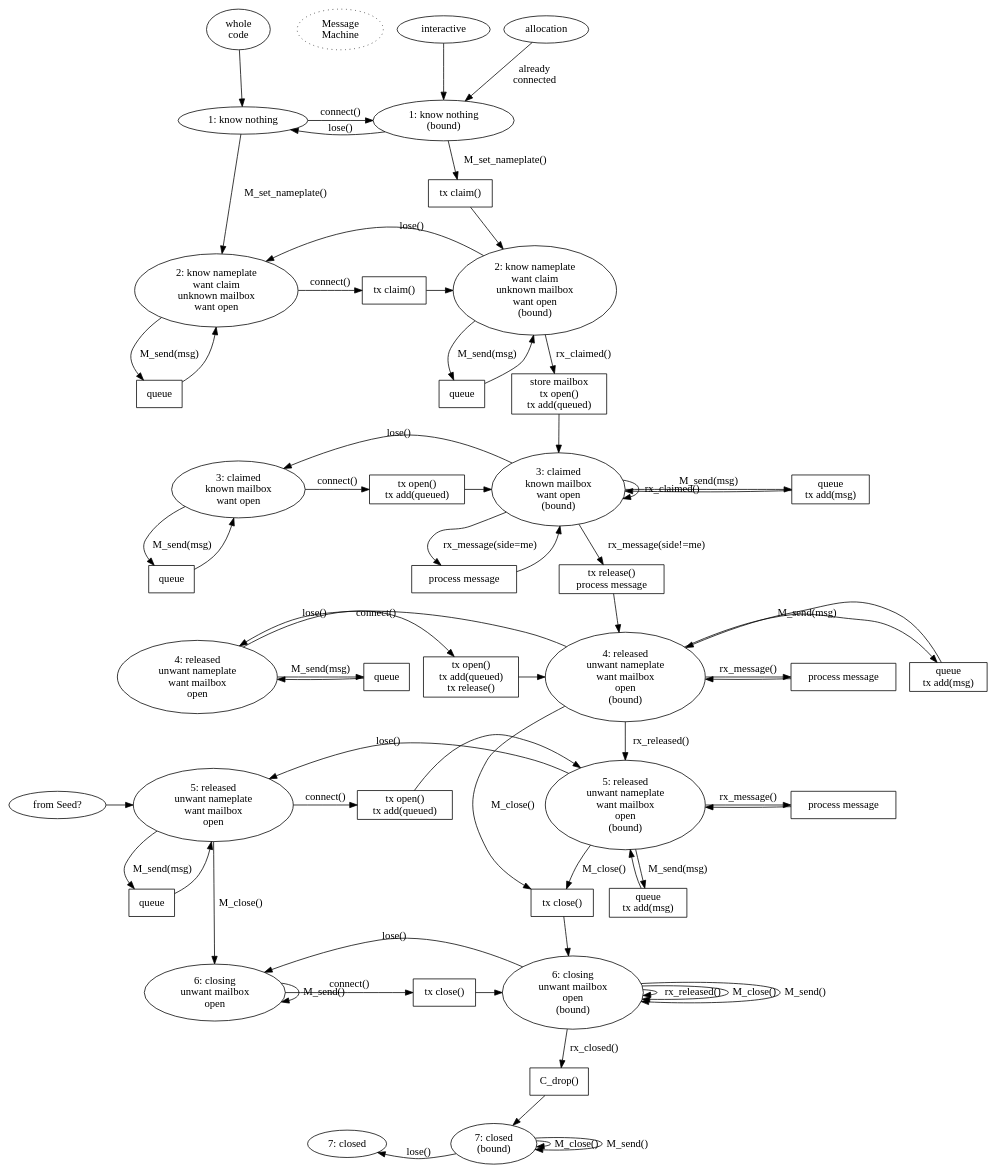
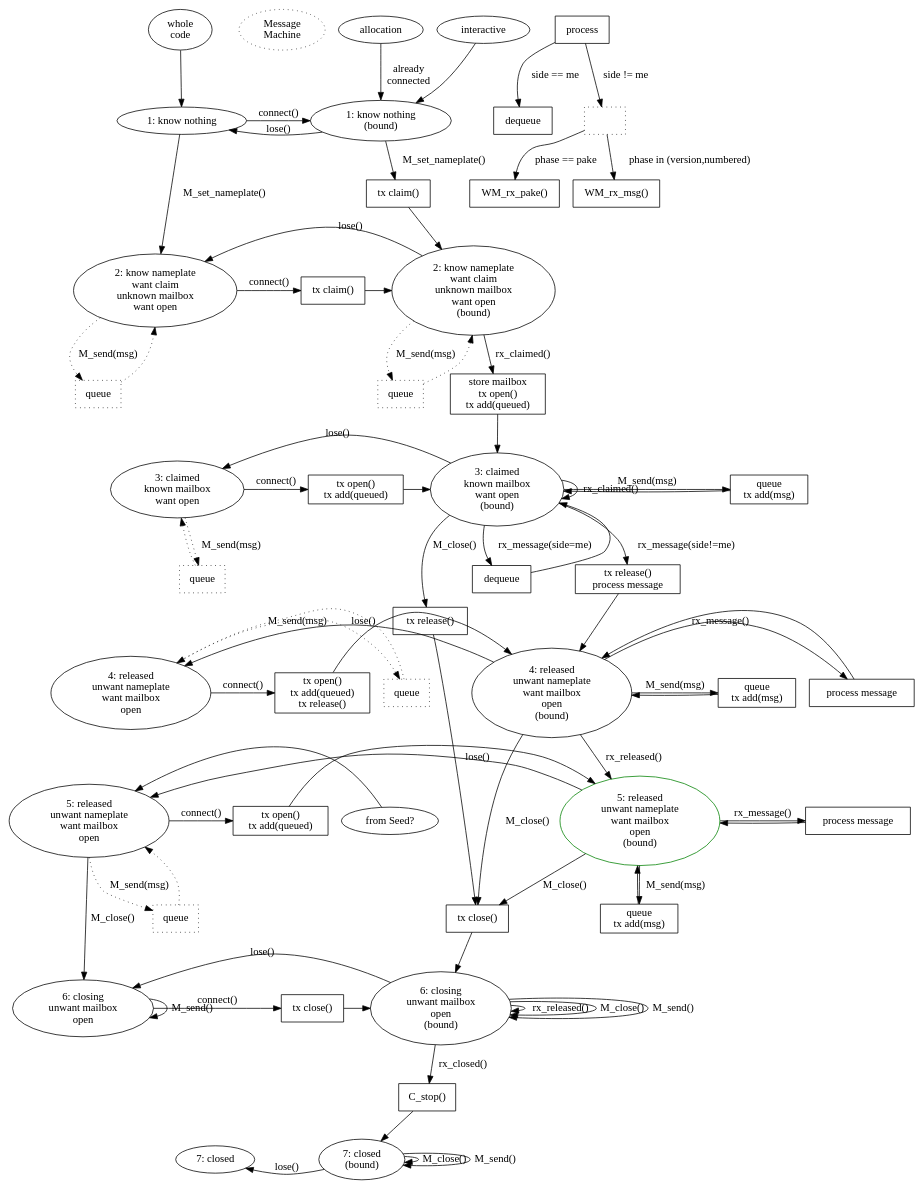
One commit to magic-wormhole/magic-wormhole changed the diagram in docs/w2.dot. Above: the diagram before and after it, drawn with Graphviz. The commit also changed 1 other file, not shown here.

```diff
--- a/docs/w2.dot
+++ b/docs/w2.dot
@@ -1,144 +1,160 @@
 digraph {
         /* new idea */
 
         {rank=same; M_entry_whole_code M_title M_entry_allocation M_entry_interactive}
         M_entry_whole_code [label="whole\ncode"]
         M_entry_whole_code -> M_S1
         M_title [label="Message\nMachine" style="dotted"]
         M_entry_whole_code -> M_title [style="invis"]
         M_entry_allocation [label="allocation"]
         M_entry_allocation -> M_S1B [label="already\nconnected"]
         M_entry_interactive [label="interactive"]
         M_entry_interactive -> M_S1B
 
         {rank=same; M_S1 M_S1B}
         M_S1 [label="1: know nothing"]
         M_S1B [label="1: know nothing\n(bound)"]
         M_S1 -> M_S1B [label="connect()"]
         M_S1B -> M_S1 [label="lose()"]
 
         M_S1 -> M_S2 [label="M_set_nameplate()"]
         M_S1B -> M_P_claim1 [label="M_set_nameplate()"]
         M_P_claim1 [shape="box" label="tx claim()"]
         M_P_claim1 -> M_S2B
 
         {rank=same; M_S2 M_S2B M_P_claim2}
         M_S2 [label="2: know nameplate\nwant claim\nunknown mailbox\nwant open"]
         M_S2B [label="2: know nameplate\nwant claim\nunknown mailbox\nwant open\n(bound)"]
         M_S2 -> M_P_claim2 [label="connect()"]
         M_S2B -> M_S2 [label="lose()"]
         M_P_claim2 [shape="box" label="tx claim()"]
         M_P_claim2 -> M_S2B
-        M_S2 -> M_P2_queue [label="M_send(msg)"]
-        M_P2_queue [shape="box" label="queue"]
-        M_P2_queue -> M_S2
-        M_S2B -> M_P2B_queue [label="M_send(msg)"]
-        M_P2B_queue [shape="box" label="queue"]
-        M_P2B_queue -> M_S2B
+        M_S2 -> M_P2_queue [label="M_send(msg)" style="dotted"]
+        M_P2_queue [shape="box" label="queue" style="dotted"]
+        M_P2_queue -> M_S2 [style="dotted"]
+        M_S2B -> M_P2B_queue [label="M_send(msg)" style="dotted"]
+        M_P2B_queue [shape="box" label="queue" style="dotted"]
+        M_P2B_queue -> M_S2B [style="dotted"]
 
         M_S2 -> M_S3 [label="(none)" style="invis"]
         M_S2B -> M_P_open [label="rx_claimed()"]
         M_P_open [shape="box" label="store mailbox\ntx open()\ntx add(queued)"]
         M_P_open -> M_S3B
 
         {rank=same; M_S3 M_S3B M_P3_open M_P3_send}
         M_S3 [label="3: claimed\nknown mailbox\nwant open"]
         M_S3B [label="3: claimed\nknown mailbox\nwant open\n(bound)"]
         M_S3 -> M_P3_open [label="connect()"]
         M_S3B -> M_S3 [label="lose()"]
         /*M_S3B -> M_S2 [label="lose()"]*/ /* not worth it */
         M_P3_open [shape="box" label="tx open()\ntx add(queued)"]
         M_P3_open -> M_S3B
         M_S3B -> M_S3B [label="rx_claimed()"]
         M_S3B -> M_P3_send [label="M_send(msg)"]
         M_P3_send [shape="box" label="queue\ntx add(msg)"]
         M_P3_send -> M_S3B
-        M_S3 -> M_P3_queue [label="M_send(msg)"]
-        M_P3_queue [shape="box" label="queue"]
-        M_P3_queue -> M_S3
+        M_S3 -> M_P3_queue [label="M_send(msg)" style="dotted"]
+        M_P3_queue [shape="box" label="queue" style="dotted"]
+        M_P3_queue -> M_S3 [style="dotted"]
 
         M_S3 -> M_S4 [label="(none)" style="invis"]
         M_S3B -> M_P3_process_ours [label="rx_message(side=me)"]
-        M_P3_process_ours [shape="box" label="process message"]
+        M_P3_process_ours [shape="box" label="dequeue"]
         M_P3_process_ours -> M_S3B
         M_S3B -> M_P3_process_theirs [label="rx_message(side!=me)"]
         M_P3_process_theirs [shape="box" label="tx release()\nprocess message"]
         M_P3_process_theirs -> M_S4B
+        M_S3B -> M_P3_close [label="M_close()"]
+        M_P3_close [shape="box" label="tx release()\n"]
+        M_P3_close -> M_P_close
 
         {rank=same; M_S4 M_P4_release M_S4B M_P4_process M_P4_send M_P4_queue}
         M_S4 [label="4: released\nunwant nameplate\nwant mailbox\nopen\n"]
 
         M_S4B [label="4: released\nunwant nameplate\nwant mailbox\nopen\n(bound)"]
         M_S4 -> M_P4_release [label="connect()"]
         /* it is currently an error to release a nameplate you aren't
         currently claiming, so release() is not idempotent. #118 fixes that */
         M_P4_release [shape="box" label="tx open()\ntx add(queued)\ntx release()"]
         /*M_S4B -> M_S4B [label="rx_claimed() *#118"]*/
         M_S4B -> M_P_close [label="M_close()"]
         M_S4B -> M_P4_send [label="M_send(msg)"]
         M_P4_send [shape="box" label="queue\ntx add(msg)"]
         M_P4_send -> M_S4B
-        M_S4 -> M_P4_queue [label="M_send(msg)"]
-        M_P4_queue [shape="box" label="queue"]
-        M_P4_queue -> M_S4
+        M_S4 -> M_P4_queue [label="M_send(msg)" style="dotted"]
+        M_P4_queue [shape="box" label="queue" style="dotted"]
+        M_P4_queue -> M_S4 [style="dotted"]
 
         M_P4_release -> M_S4B
         M_S4B -> M_S4 [label="lose()"]
         /*M_S4B -> M_S2 [label="lose()"]*/
         M_S4B -> M_P4_process [label="rx_message()"]
         M_P4_process [shape="box" label="process message"]
         M_P4_process -> M_S4B
 
         M_S4 -> M_S5 [label="(none)" style="invis"]
         M_S4B -> M_S5B [label="rx_released()"]
 
         seed [label="from Seed?"]
         seed -> M_S5
         {rank=same; seed M_S5 M_S5B M_P5_open M_P5_process}
         M_S5 [label="5: released\nunwant nameplate\nwant mailbox\nopen\n"]
-        M_S5B [label="5: released\nunwant nameplate\nwant mailbox\nopen\n(bound)"]
+        M_S5B [label="5: released\nunwant nameplate\nwant mailbox\nopen\n(bound)" color="green"]
         M_S5 -> M_P5_open [label="connect()"]
         M_P5_open [shape="box" label="tx open()\ntx add(queued)"]
         M_P5_open -> M_S5B
         M_S5B -> M_S5 [label="lose()"]
         M_S5B -> M_P5_process [label="rx_message()"]
         M_P5_process [shape="box" label="process message"]
         M_P5_process -> M_S5B
         M_S5B -> M_P5_send [label="M_send(msg)"]
         M_P5_send [shape="box" label="queue\ntx add(msg)"]
         M_P5_send -> M_S5B
-        M_S5 -> M_P5_queue [label="M_send(msg)"]
-        M_P5_queue [shape="box" label="queue"]
-        M_P5_queue -> M_S5
+        M_S5 -> M_P5_queue [label="M_send(msg)" style="dotted"]
+        M_P5_queue [shape="box" label="queue" style="dotted"]
+        M_P5_queue -> M_S5 [style="dotted"]
 
         M_S5 -> M_S6 [label="M_close()"]
+        /*M_S5 -> M_P7_drop [label="M_close()"]*/
         M_S5B -> M_P_close [label="M_close()"]
         M_P_close [shape="box" label="tx close()"]
         M_P_close -> M_S6B
 
         {rank=same; M_S6 M_P6_close M_S6B}
         M_S6 [label="6: closing\nunwant mailbox\nopen\n"]
         M_S6B [label="6: closing\nunwant mailbox\nopen\n(bound)"]
         M_S6 -> M_P6_close [label="connect()"]
         M_P6_close [shape="box" label="tx close()"]
         M_P6_close -> M_S6B
         M_S6B -> M_S6 [label="lose()"]
         M_S6B -> M_S6B [label="rx_released()"]
         M_S6B -> M_S6B [label="M_close()"]
         M_S6B -> M_S6B [label="M_send()"]
         M_S6 -> M_S6 [label="M_send()"]
 
         M_S6 -> M_S7 [label="(none)" style="invis"]
+        /*M_S6 -> M_P7_drop [label="M_close()"]*/
         M_S6B -> M_P7_drop [label="rx_closed()"]
-        M_P7_drop [shape="box" label="C_drop()"]
+        M_P7_drop [shape="box" label="C_stop()"]
         M_P7_drop -> M_S7B
 
         {rank=same; M_S7 M_S7B}
         M_S7 [label="7: closed\n"]
         M_S7B [label="7: closed\n(bound)"]
         M_S7 -> M_S7B [label="connect()" style="invis"]
         M_S7B -> M_S7 [label="lose()"]
         M_S7B -> M_S7B [label="M_close()"]
         M_S7B -> M_S7B [label="M_send()"]
 
+
+        M_process [shape="box" label="process"]
+        M_process_me [shape="box" label="dequeue"]
+        M_process -> M_process_me [label="side == me"]
+        M_process_them [shape="box" label="" style="dotted"]
+        M_process -> M_process_them [label="side != me"]
+        M_process_them -> M_process_pake [label="phase == pake"]
+        M_process_pake [shape="box" label="WM_rx_pake()"]
+        M_process_them -> M_process_other [label="phase in (version,numbered)"]
+        M_process_other [shape="box" label="WM_rx_msg()"]
+
 }
```
